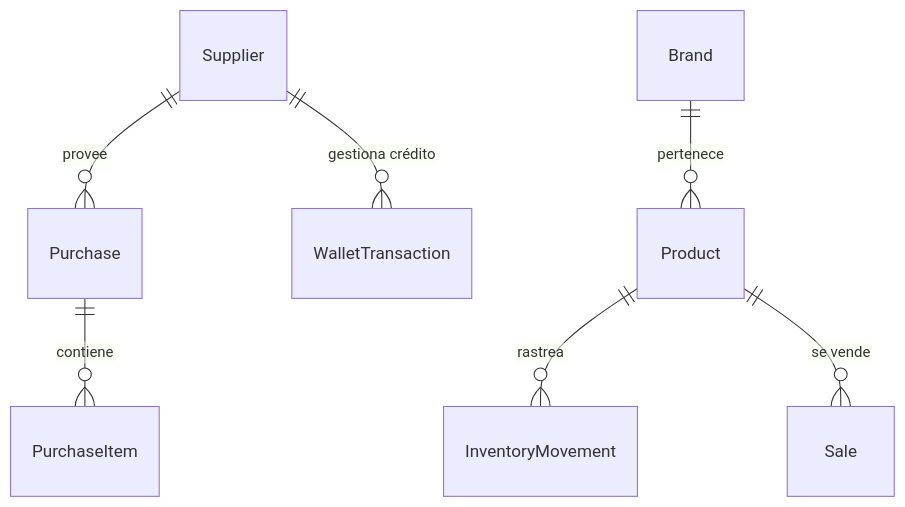
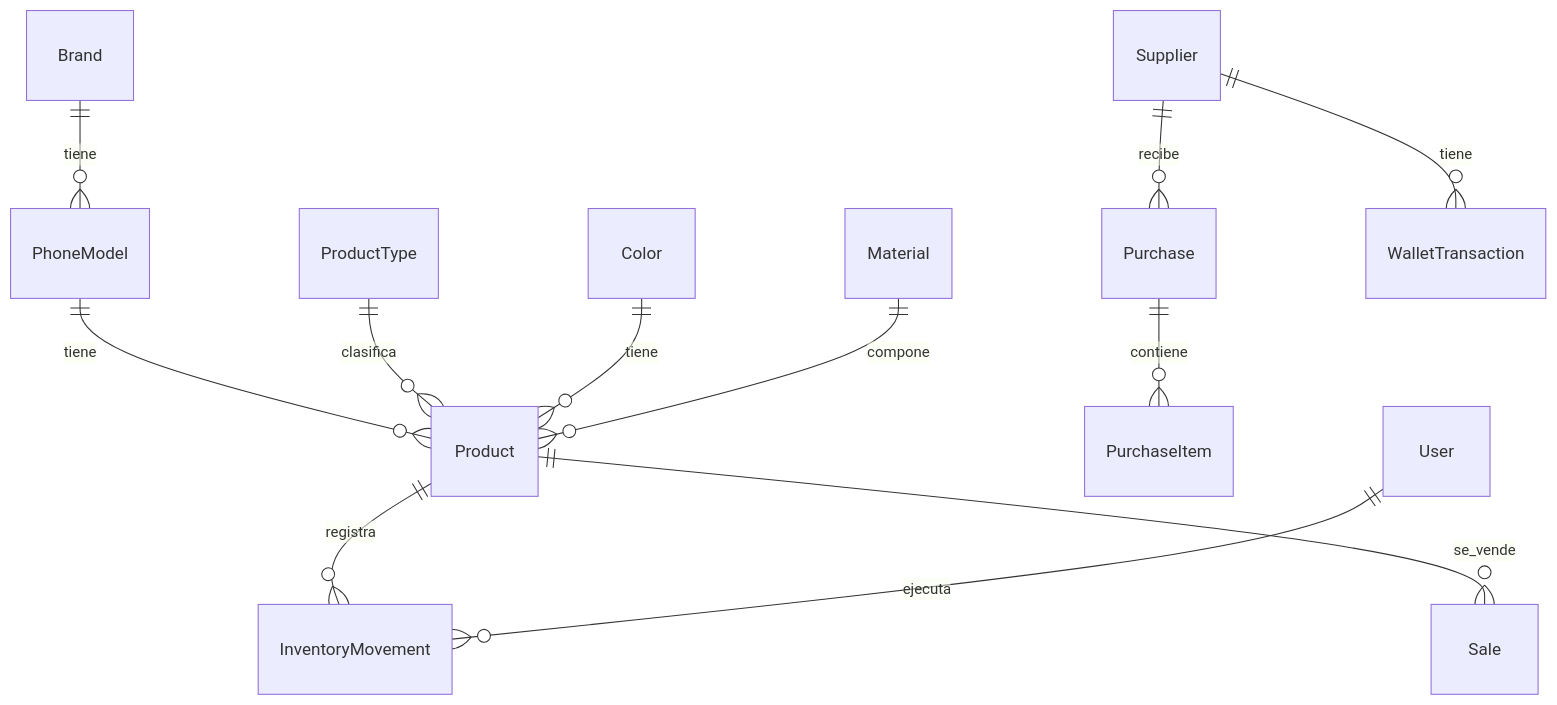
The diagram in 02 - Projects/10 - Market GS/TECNICO_MARKET_GS.md (ludwingx/my-brain-obsidian), drawn with Mermaid before and after one commit. The commit also changed other lines of this file, not shown here.

````diff
--- a/02 - Projects/10 - Market GS/TECNICO_MARKET_GS.md
+++ b/02 - Projects/10 - Market GS/TECNICO_MARKET_GS.md
@@ -67,9 +178,14 @@
 ```mermaid
 erDiagram
-    Product ||--o{ InventoryMovement : "rastrea"
-    Product ||--o{ Sale : "se vende"
-    Supplier ||--o{ Purchase : "provee"
-    Purchase ||--o{ PurchaseItem : "contiene"
-    Supplier ||--o{ WalletTransaction : "gestiona crédito"
-    Brand ||--o{ Product : "pertenece"
+    Brand ||--o{ PhoneModel : tiene
+    PhoneModel ||--o{ Product : tiene
+    ProductType ||--o{ Product : clasifica
+    Color ||--o{ Product : tiene
+    Material ||--o{ Product : compone
+    Supplier ||--o{ Purchase : recibe
+    Purchase ||--o{ PurchaseItem : contiene
+    Product ||--o{ InventoryMovement : registra
+    Product ||--o{ Sale : se_vende
+    Supplier ||--o{ WalletTransaction : tiene
+    User ||--o{ InventoryMovement : ejecuta
 ```
````
